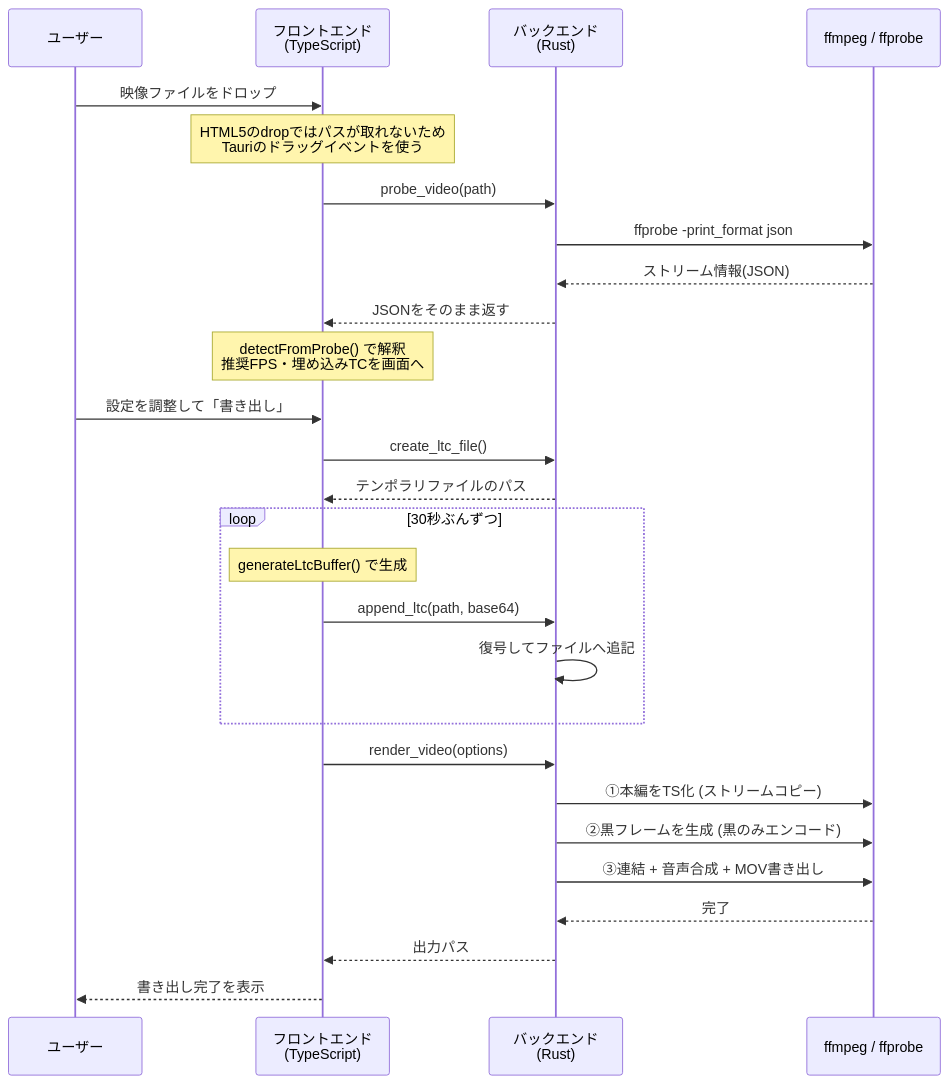
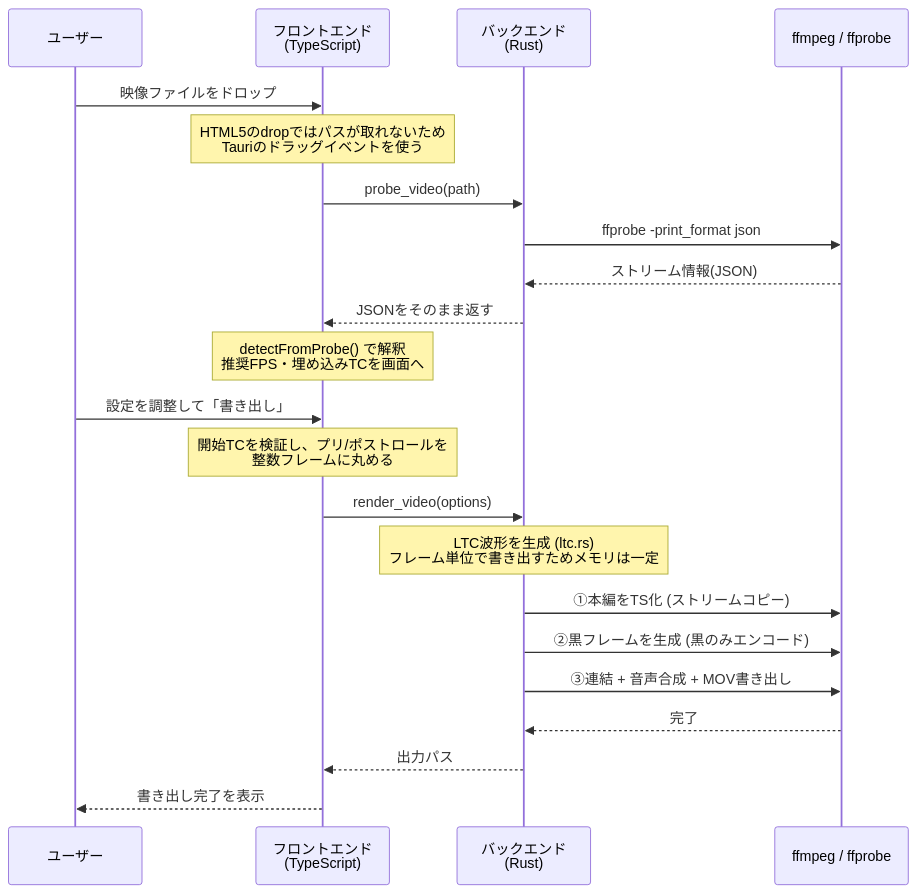
Before and after one commit to SCA-Nishimura/TimecodeMix: the second of 3 diagrams in docs/architecture.md, drawn with Mermaid. The commit also changed other lines of this file and 7 other files, not shown here.

````diff
--- a/docs/architecture.md
+++ b/docs/architecture.md
@@ -143,33 +175,26 @@
 ```mermaid
 sequenceDiagram
     participant U as ユーザー
     participant F as フロントエンド<br/>(TypeScript)
     participant R as バックエンド<br/>(Rust)
     participant FF as ffmpeg / ffprobe
 
     U->>F: 映像ファイルをドロップ
     Note over F: HTML5のdropではパスが取れないため<br/>Tauriのドラッグイベントを使う
     F->>R: probe_video(path)
     R->>FF: ffprobe -print_format json
     FF-->>R: ストリーム情報(JSON)
     R-->>F: JSONをそのまま返す
     Note over F: detectFromProbe() で解釈<br/>推奨FPS・埋め込みTCを画面へ
 
     U->>F: 設定を調整して「書き出し」
-    F->>R: create_ltc_file()
-    R-->>F: テンポラリファイルのパス
-
-    loop 30秒ぶんずつ
-        Note over F: generateLtcBuffer() で生成
-        F->>R: append_ltc(path, base64)
-        R->>R: 復号してファイルへ追記
-    end
-
+    Note over F: 開始TCを検証し、プリ/ポストロールを<br/>整数フレームに丸める
     F->>R: render_video(options)
+    Note over R: LTC波形を生成 (ltc.rs)<br/>フレーム単位で書き出すためメモリは一定
     R->>FF: ①本編をTS化 (ストリームコピー)
     R->>FF: ②黒フレームを生成 (黒のみエンコード)
     R->>FF: ③連結 + 音声合成 + MOV書き出し
     FF-->>R: 完了
     R-->>F: 出力パス
     F-->>U: 書き出し完了を表示
 ```
````
